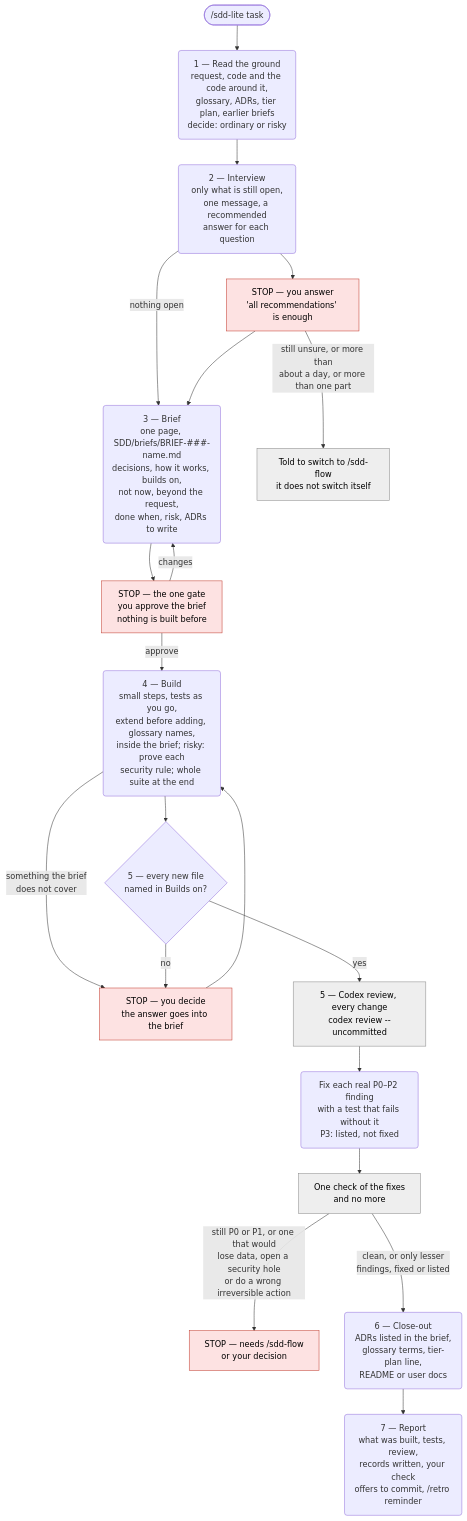
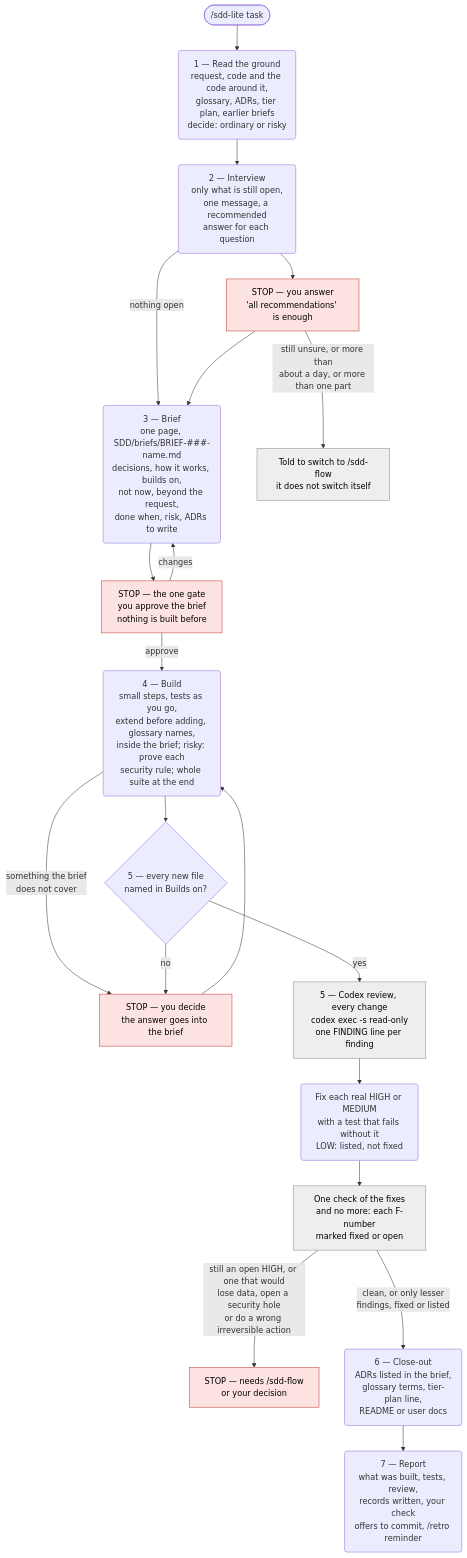
The second of 2 diagrams in agent-engineering/docs/sdd-lite-diagram.md (pablooliva/claude-plugins), drawn with Mermaid before and after one commit. The commit also changed other lines of this file and 12 other files, not shown here.

````diff
--- a/agent-engineering/docs/sdd-lite-diagram.md
+++ b/agent-engineering/docs/sdd-lite-diagram.md
@@ -27,26 +27,26 @@
 ```mermaid
 flowchart TD
     start(["/sdd-lite task"]) --> s1("1 — Read the ground<br/>request, code and the code around it,<br/>glossary, ADRs, tier plan, earlier briefs<br/>decide: ordinary or risky")
     s1 --> s2("2 — Interview<br/>only what is still open,<br/>one message, a recommended<br/>answer for each question")
     s2 -- "nothing open" --> s3
     s2 --> answers["STOP — you answer<br/>'all recommendations' is enough"]:::stop
     answers -- "still unsure, or more than<br/>about a day, or more than one part" --> toflow["Told to switch to /sdd-flow<br/>it does not switch itself"]:::other
     answers --> s3("3 — Brief<br/>one page, SDD/briefs/BRIEF-###-name.md<br/>decisions, how it works, builds on,<br/>not now, beyond the request,<br/>done when, risk, ADRs to write")
     s3 --> gate["STOP — the one gate<br/>you approve the brief<br/>nothing is built before"]:::stop
     gate -- "changes" --> s3
     gate -- "approve" --> s4("4 — Build<br/>small steps, tests as you go,<br/>extend before adding, glossary names,<br/>inside the brief; risky: prove each<br/>security rule; whole suite at the end")
     s4 -- "something the brief<br/>does not cover" --> ask["STOP — you decide<br/>the answer goes into the brief"]:::stop
     ask --> s4
     s4 --> nf{"5 — every new file<br/>named in Builds on?"}
     nf -- "no" --> ask
-    nf -- "yes" --> r1["5 — Codex review, every change<br/>codex review --uncommitted"]:::other
-    r1 --> fix("Fix each real P0–P2 finding<br/>with a test that fails without it<br/>P3: listed, not fixed")
-    fix --> r2["One check of the fixes<br/>and no more"]:::other
-    r2 -- "still P0 or P1, or one that would<br/>lose data, open a security hole<br/>or do a wrong irreversible action" --> halt["STOP — needs /sdd-flow<br/>or your decision"]:::stop
+    nf -- "yes" --> r1["5 — Codex review, every change<br/>codex exec -s read-only<br/>one FINDING line per finding"]:::other
+    r1 --> fix("Fix each real HIGH or MEDIUM<br/>with a test that fails without it<br/>LOW: listed, not fixed")
+    fix --> r2["One check of the fixes<br/>and no more: each F-number<br/>marked fixed or open"]:::other
+    r2 -- "still an open HIGH, or one that would<br/>lose data, open a security hole<br/>or do a wrong irreversible action" --> halt["STOP — needs /sdd-flow<br/>or your decision"]:::stop
     r2 -- "clean, or only lesser<br/>findings, fixed or listed" --> s6
     s6("6 — Close-out<br/>ADRs listed in the brief,<br/>glossary terms, tier-plan line,<br/>README or user docs")
     s6 --> s7("7 — Report<br/>what was built, tests, review,<br/>records written, your check<br/>offers to commit, /retro reminder")
 
     classDef stop fill:#fde2e2,stroke:#c0392b,color:#000
     classDef other fill:#eeeeee,stroke:#888888,color:#000
 ```
````
